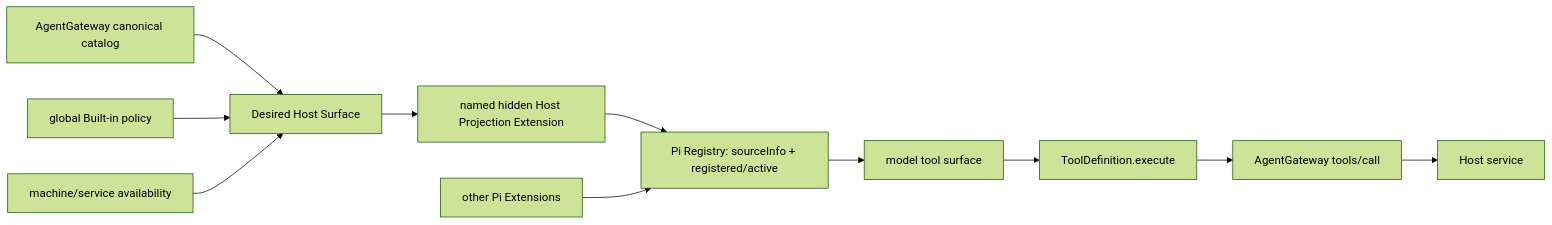
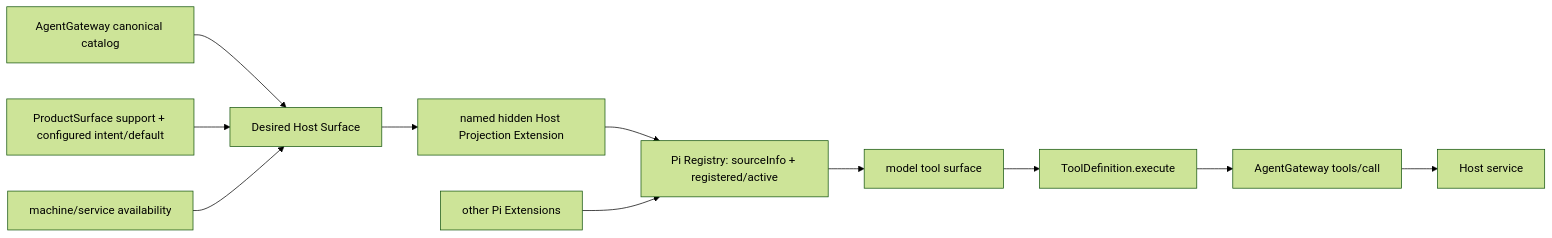
The diagram in research/pi-native-host-tool-loading-review.md (piai-lab/Haros), drawn with Mermaid (forest theme) before and after one commit. The commit also changed other lines of this file and 8 other files, not shown here.

Commit message:
docs: align host surface policy evidence

````diff
--- a/research/pi-native-host-tool-loading-review.md
+++ b/research/pi-native-host-tool-loading-review.md
@@ -168,16 +170,16 @@
 ```mermaid
 flowchart LR
     C["AgentGateway canonical catalog"]
-    P["global Built-in policy"]
+    P["ProductSurface support + configured intent/default"]
     A["machine/service availability"]
     C --> F["Desired Host Surface"]
     P --> F
     A --> F
     F --> I["named hidden Host Projection Extension"]
     I --> R["Pi Registry: sourceInfo + registered/active"]
     R --> M["model tool surface"]
     M --> X["ToolDefinition.execute"]
     X --> G["AgentGateway tools/call"]
     G --> H["Host service"]
     E["other Pi Extensions"] --> R
 ```
````
